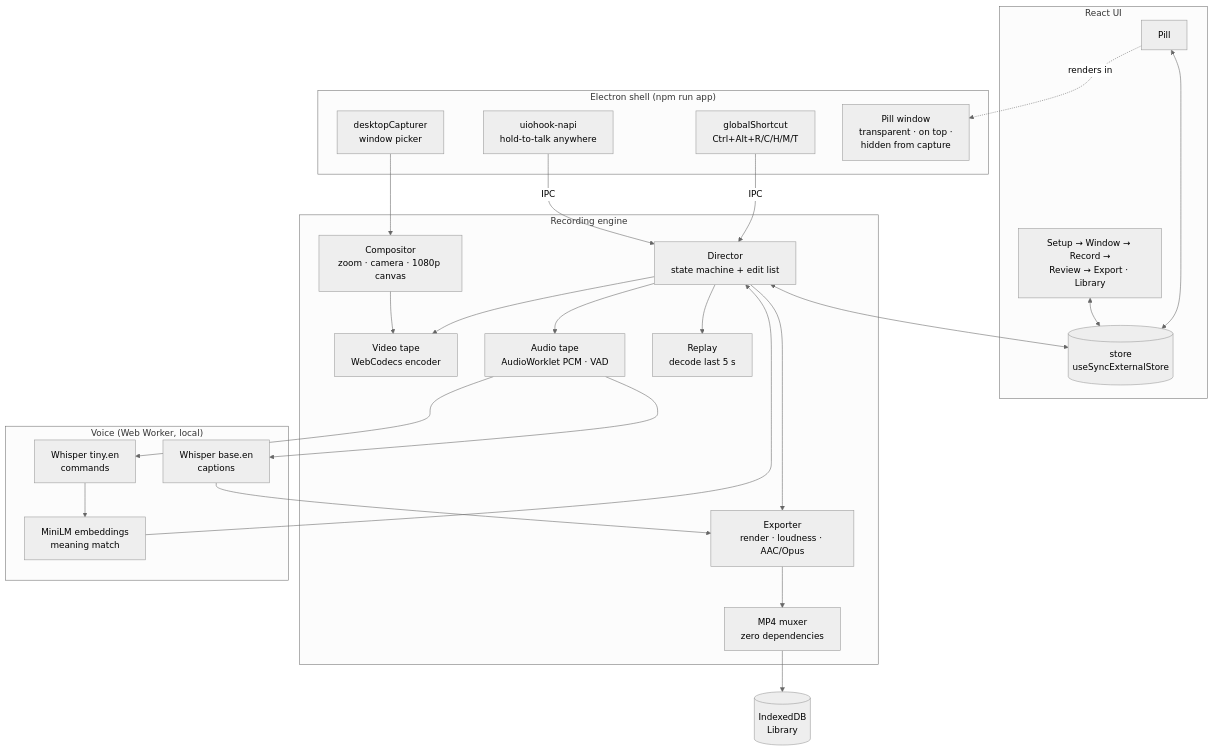
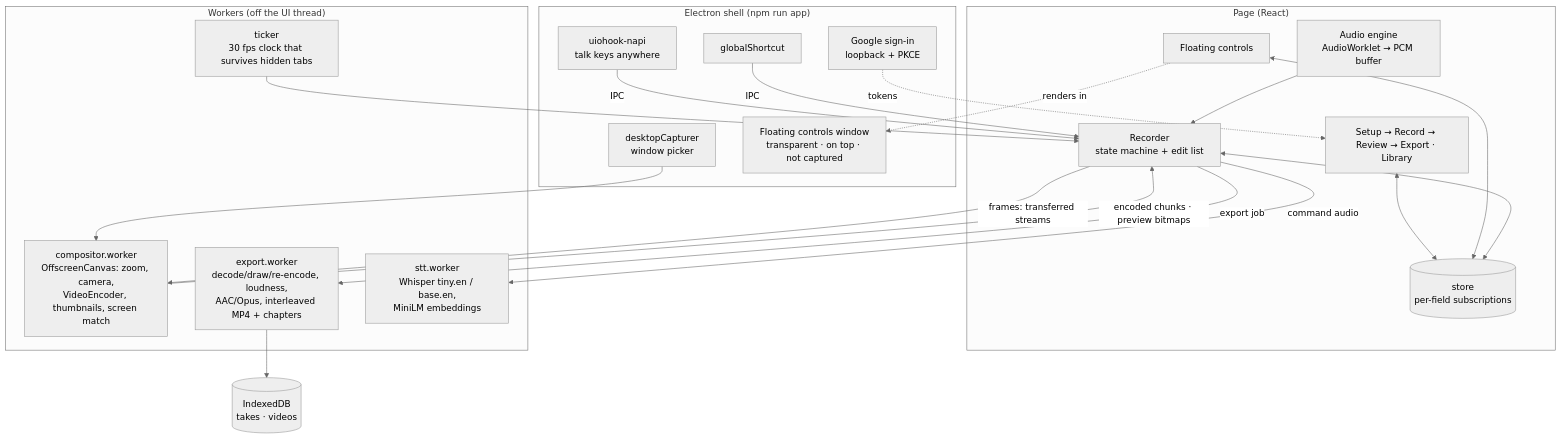
Before and after one commit to ScRocXx/Take1: the sixth of 6 diagrams in README.md, drawn with Mermaid (neutral theme). The commit also changed other lines of this file and 13 other files, not shown here.

````diff
--- a/README.md
+++ b/README.md
@@ -359,45 +340,42 @@
 ```mermaid
 flowchart TB
     subgraph Desktop["Electron shell (npm run app)"]
-        HOOK["uiohook-napi<br/>hold-to-talk anywhere"]
-        GS["globalShortcut<br/>Ctrl+Alt+R/C/H/M/T"]
+        HOOK["uiohook-napi<br/>talk keys anywhere"]
+        GS["globalShortcut"]
         PICK["desktopCapturer<br/>window picker"]
-        PILLW["Pill window<br/>transparent · on top ·<br/>hidden from capture"]
+        RAILW["Floating controls window<br/>transparent · on top · not captured"]
+        GAUTH["Google sign-in<br/>loopback + PKCE"]
     end
 
-    subgraph UI["React UI"]
-        STEPS["Setup → Window → Record →<br/>Review → Export · Library"]
-        PILL["Pill"]
-        STORE[("store<br/>useSyncExternalStore")]
+    subgraph Page["Page (React)"]
+        UI["Setup → Record → Review → Export · Library"]
+        FC["Floating controls"]
+        STORE[("store<br/>per-field subscriptions")]
+        REC["Recorder<br/>state machine + edit list"]
+        AUD["Audio engine<br/>AudioWorklet → PCM buffer"]
     end
 
-    subgraph Engine["Recording engine"]
-        DIR["Director<br/>state machine + edit list"]
-        COMP["Compositor<br/>zoom · camera · 1080p canvas"]
-        VT["Video tape<br/>WebCodecs encoder"]
-        AT["Audio tape<br/>AudioWorklet PCM · VAD"]
-        RP["Replay<br/>decode last 5 s"]
-        EXP["Exporter<br/>render · loudness · AAC/Opus"]
-        MUX["MP4 muxer<br/>zero dependencies"]
+    subgraph Workers["Workers (off the UI thread)"]
+        COMP["compositor.worker<br/>OffscreenCanvas: zoom, camera,<br/>VideoEncoder, thumbnails, screen match"]
+        EXP["export.worker<br/>decode/draw/re-encode, loudness,<br/>AAC/Opus, interleaved MP4 + chapters"]
+        STT["stt.worker<br/>Whisper tiny.en / base.en,<br/>MiniLM embeddings"]
+        TICK["ticker<br/>30 fps clock that survives hidden tabs"]
     end
 
-    subgraph Voice["Voice (Web Worker, local)"]
-        WT["Whisper tiny.en<br/>commands"]
-        WB["Whisper base.en<br/>captions"]
-        EMB["MiniLM embeddings<br/>meaning match"]
-    end
+    DB[("IndexedDB<br/>takes · videos")]
 
-    LIB[("IndexedDB<br/>Library")]
-
-    HOOK & GS -->|IPC| DIR
+    HOOK & GS -->|IPC| REC
     PICK --> COMP
-    STEPS <--> STORE
-    PILL <--> STORE
-    PILL -. renders in .-> PILLW
-    DIR <--> STORE
-    COMP --> VT
-    DIR --> VT & AT & RP
-    AT --> WT --> EMB --> DIR
-    DIR --> EXP --> MUX --> LIB
-    AT --> WB --> EXP
+    UI <--> STORE
+    FC <--> STORE
+    FC -. renders in .-> RAILW
+    REC <--> STORE
+    TICK --> REC
+    REC -->|"frames: transferred streams"| COMP
+    COMP -->|encoded chunks · preview bitmaps| REC
+    AUD --> REC
+    REC -->|command audio| STT
+    REC -->|export job| EXP
+    EXP --> DB
+    GAUTH -. tokens .-> UI
 ```
````
